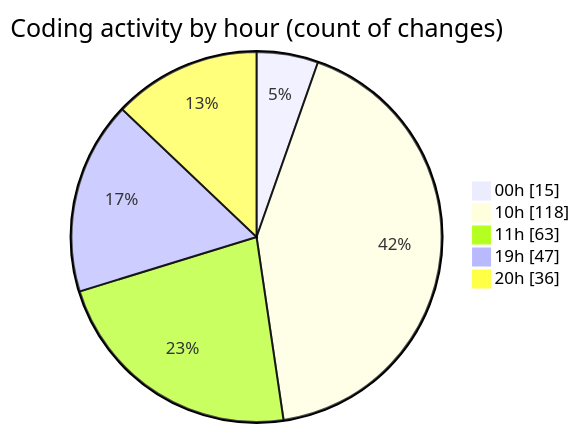
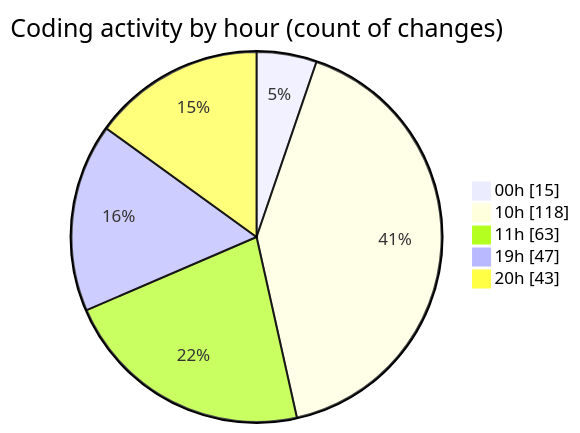
One commit to Ritupan-Deka/code-tracking changed the second of 2 diagrams in 2026-01-11/dsa/README.md. Above: the diagram before and after it, drawn with Mermaid. The commit also changed other lines of this file and 1 other file, not shown here.

````diff
--- a/2026-01-11/dsa/README.md
+++ b/2026-01-11/dsa/README.md
@@ -29,9 +29,9 @@
 ```mermaid
 pie showData
 title Coding activity by hour (count of changes)
 "00h" : 15
 "10h" : 118
 "11h" : 63
 "19h" : 47
-"20h" : 36
+"20h" : 43
 ```
````
